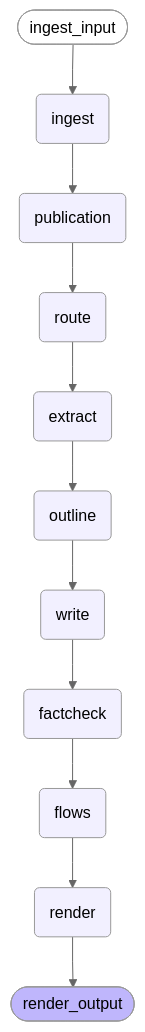
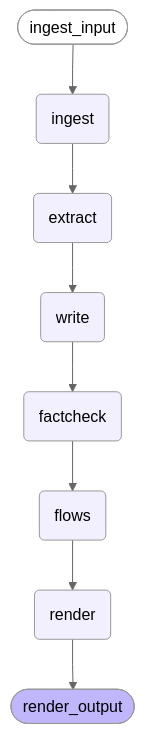
One commit to fodorad/labmate changed the first of 4 diagrams in docs/graphs.md. Above: the diagram before and after it, drawn with Mermaid (neutral theme). The commit also changed other lines of this file and 41 other files, not shown here.

````diff
--- a/docs/graphs.md
+++ b/docs/graphs.md
@@ -7,32 +7,26 @@
 ```mermaid
 ---
 config:
   flowchart:
     curve: linear
 ---
 graph TD;
 	ingest_input([ingest_input]):::first
 	ingest(ingest)
-	publication(publication)
-	route(route)
 	extract(extract)
-	outline(outline)
 	write(write)
 	factcheck(factcheck)
 	flows(flows)
 	render(render)
 	render_output([render_output]):::last
 	ingest_input --> ingest;
-	ingest --> publication;
-	publication --> route;
-	route --> extract;
-	extract --> outline;
-	outline --> write;
+	ingest --> extract;
+	extract --> write;
 	write --> factcheck;
 	factcheck --> flows;
 	render --> render_output;
 	flows --> render;
 	classDef default fill:#f2f0ff,line-height:1.2
 	classDef first fill-opacity:0
 	classDef last fill:#bfb6fc
 ```
````
